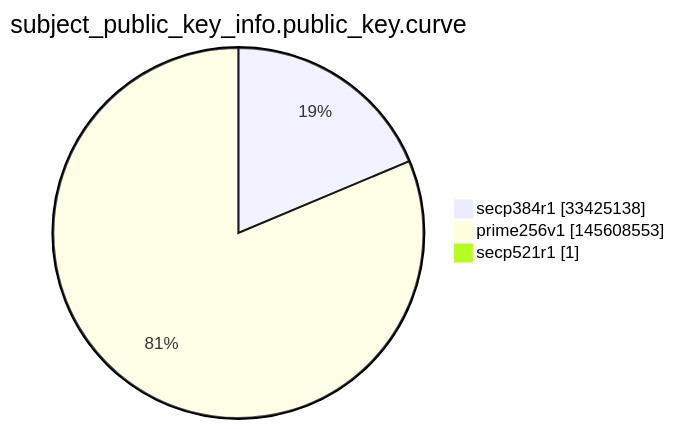
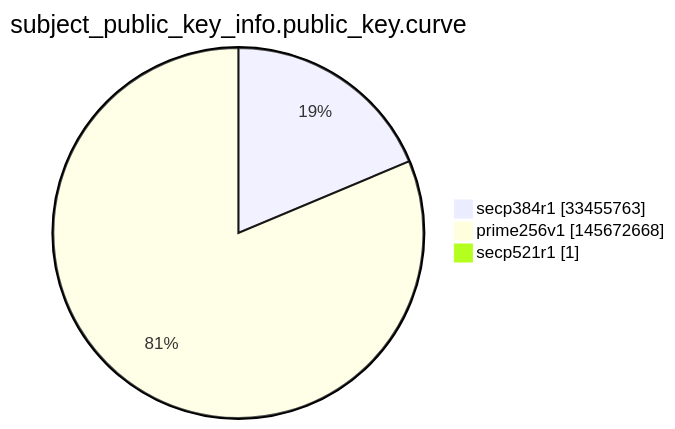
Before and after one commit to christiankrug/ctmonitor_visualization: the ninth of 15 diagrams in argon2022/README.md, drawn with Mermaid. The commit also changed other lines of this file, not shown here.

````diff
--- a/argon2022/README.md
+++ b/argon2022/README.md
@@ -2764,7 +2764,7 @@
 ```mermaid
 pie showData
 title subject_public_key_info.public_key.curve
-"secp384r1" :33425138
-"prime256v1" :145608553
+"secp384r1" :33455763
+"prime256v1" :145672668
 "secp521r1" :1
 ```
````
